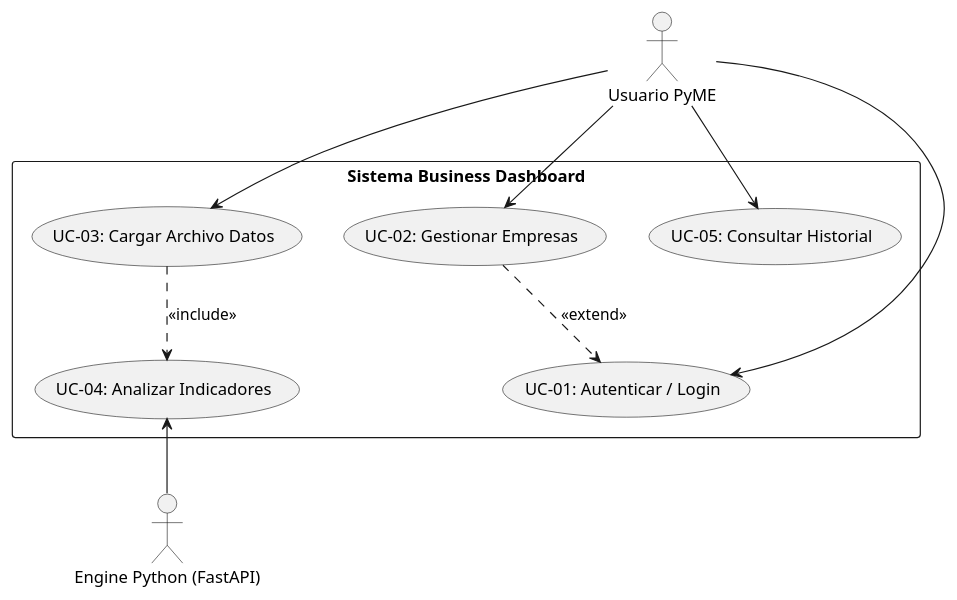
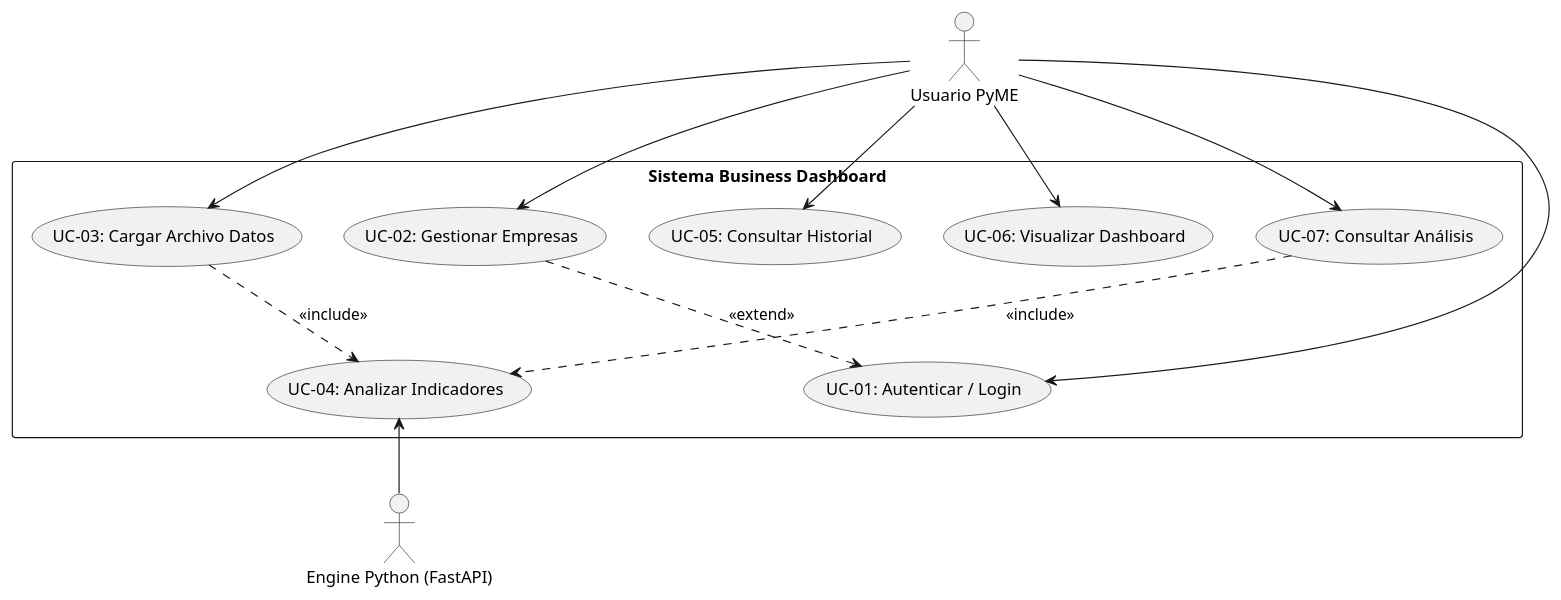
The first of 9 diagrams in docs/srs.md (ezepurro/business-dashboard), drawn with PlantUML before and after one commit. The commit also changed other lines of this file and 9 other files, not shown here.

````diff
--- a/docs/srs.md
+++ b/docs/srs.md
@@ -85,29 +104,34 @@
 ```plantuml
 @startuml
-skinparam handwritten false
 skinparam monochrome false
 skinparam packageStyle rect
 skinparam direction left to right
 
 actor "Usuario PyME" as user
 actor "Engine Python (FastAPI)" as engine
 
 rectangle "Sistema Business Dashboard" {
     usecase "UC-01: Autenticar / Login" as UC01
     usecase "UC-02: Gestionar Empresas" as UC02
     usecase "UC-03: Cargar Archivo Datos" as UC03
     usecase "UC-04: Analizar Indicadores" as UC04
     usecase "UC-05: Consultar Historial" as UC05
+    usecase "UC-06: Visualizar Dashboard" as UC06
+    usecase "UC-07: Consultar Análisis" as UC07
 
     UC02 ..> UC01 : <<extend>>
     UC03 ..> UC04 : <<include>>
 }
 
 user --> UC01
 user --> UC02
 user --> UC03
 user --> UC05
+user --> UC06
+user --> UC07
+
+UC07 ..> UC04 : <<include>>
 
 UC04 <-- engine
 @endum
 ```
````
